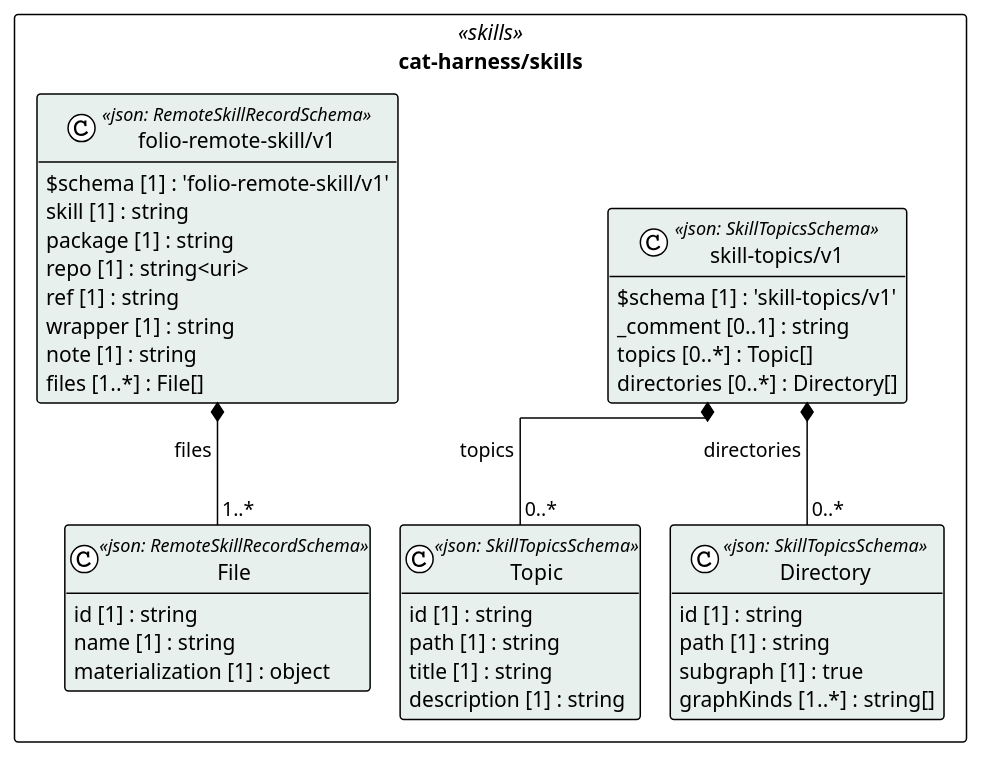
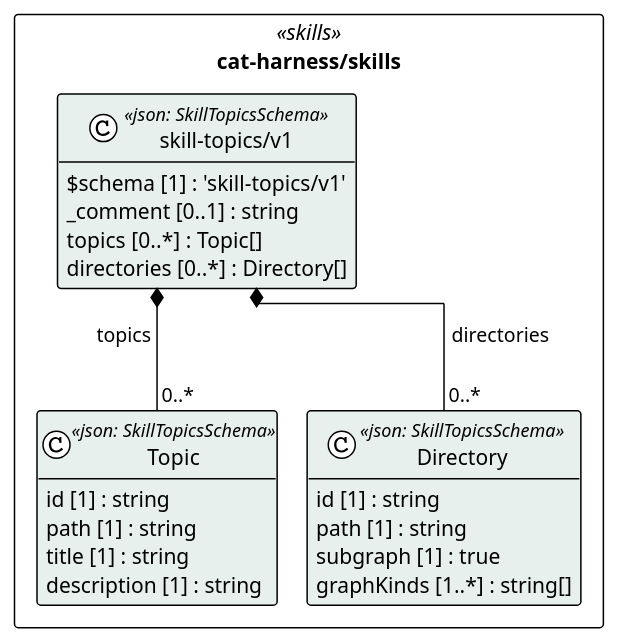
One commit to litlfred/folio-assistant changed the diagram in cat-harness/uml/overview/cat-harness/skills.puml. Above: the diagram before and after it, drawn with PlantUML. The commit also changed 801 other files, not shown here.

```diff
--- a/cat-harness/uml/overview/cat-harness/skills.puml
+++ b/cat-harness/uml/overview/cat-harness/skills.puml
@@ -3,48 +3,32 @@
 @startuml cat_harness_skills
 !pragma layout elk
 !theme plain
 skinparam classAttributeIconSize 0
 skinparam shadowing false
 skinparam packageStyle rectangle
 hide empty methods
 
 package "cat-harness/skills" as pkg_cat_harness_skills <<skills>> {
-  class "File" as cat_harness_skills_folio_remote_skill_v1_File <<json: RemoteSkillRecordSchema>> #e8f0ee {
-    id [1] : string
-    name [1] : string
-    materialization [1] : object
-  }
-  class "folio-remote-skill/v1" as cat_harness_skills_folio_remote_skill_v1_folio_remote_skill_v1 <<json: RemoteSkillRecordSchema>> #e8f0ee {
-    $schema [1] : 'folio-remote-skill/v1'
-    skill [1] : string
-    package [1] : string
-    repo [1] : string<uri>
-    ref [1] : string
-    wrapper [1] : string
-    note [1] : string
-    files [1..*] : File[]
-  }
   class "Topic" as cat_harness_skills_skill_topics_v1_Topic <<json: SkillTopicsSchema>> #e8f0ee {
     id [1] : string
     path [1] : string
     title [1] : string
     description [1] : string
   }
   class "Directory" as cat_harness_skills_skill_topics_v1_Directory <<json: SkillTopicsSchema>> #e8f0ee {
     id [1] : string
     path [1] : string
     subgraph [1] : true
     graphKinds [1..*] : string[]
   }
   class "skill-topics/v1" as cat_harness_skills_skill_topics_v1_skill_topics_v1 <<json: SkillTopicsSchema>> #e8f0ee {
     $schema [1] : 'skill-topics/v1'
     _comment [0..1] : string
     topics [0..*] : Topic[]
     directories [0..*] : Directory[]
   }
 }
 
-cat_harness_skills_folio_remote_skill_v1_folio_remote_skill_v1 *-- "1..*" cat_harness_skills_folio_remote_skill_v1_File : files
 cat_harness_skills_skill_topics_v1_skill_topics_v1 *-- "0..*" cat_harness_skills_skill_topics_v1_Topic : topics
 cat_harness_skills_skill_topics_v1_skill_topics_v1 *-- "0..*" cat_harness_skills_skill_topics_v1_Directory : directories
 @enduml
```
